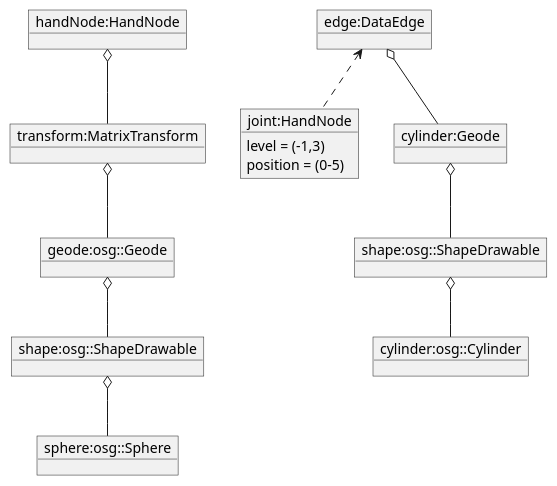
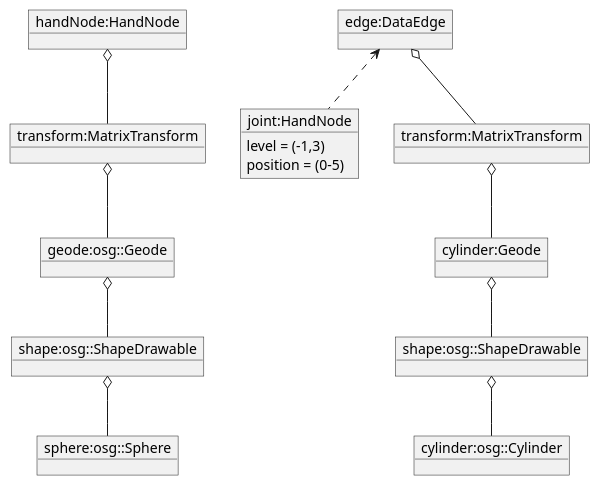
One commit to kapecp/3dsoftviz changed the diagram in docs/uml/hand2.wsd. Above: the diagram before and after it, drawn with PlantUML. The commit also changed 3 other files, not shown here.

Commit message:
[DOC]  #4934 Pridanie diagramov Leap kniznice

```diff
--- a/docs/uml/hand2.wsd
+++ b/docs/uml/hand2.wsd
@@ -5,31 +5,33 @@
 @startuml
 object "handNode:HandNode" as obj1
 object "transform:MatrixTransform" as obj2
 object "geode:osg::Geode" as obj3
 object "shape:osg::ShapeDrawable" as obj4
 object "sphere:osg::Sphere" as obj5
 
 
 object "joint:HandNode" as obj6
 obj6 : level = (-1,3)
 obj6 : position = (0-5)
 
 object "edge:DataEdge" as obj7
 object "cylinder:Geode" as obj8
 object "shape:osg::ShapeDrawable" as obj9
 object "cylinder:osg::Cylinder" as obj10
+object "transform:MatrixTransform" as obj11
 
 
 
 obj1 o-- obj2
 obj2 o-- obj3
 obj3 o-- obj4
 obj4 o-- obj5
 
 obj7 <.. obj6
-obj7 o-- obj8
+obj7 o-- obj11
+obj11 o-- obj8
 obj8 o-- obj9
 obj9 o-- obj10
 
 
 @enduml
```
